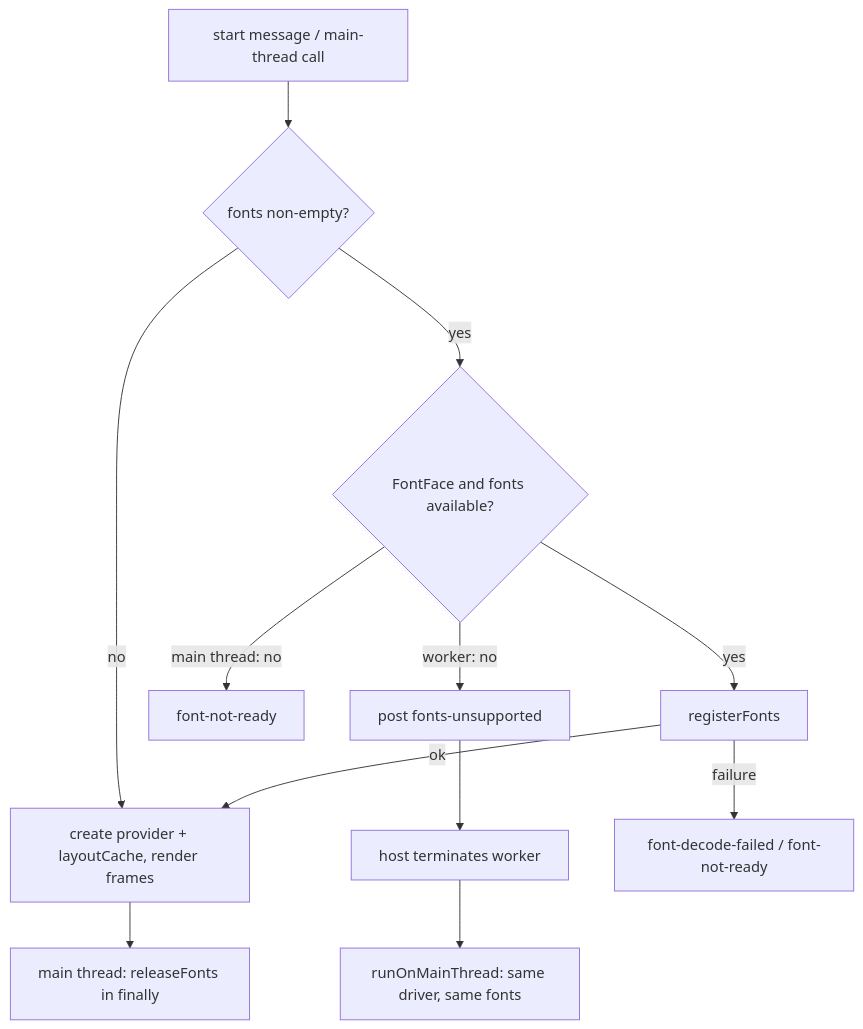
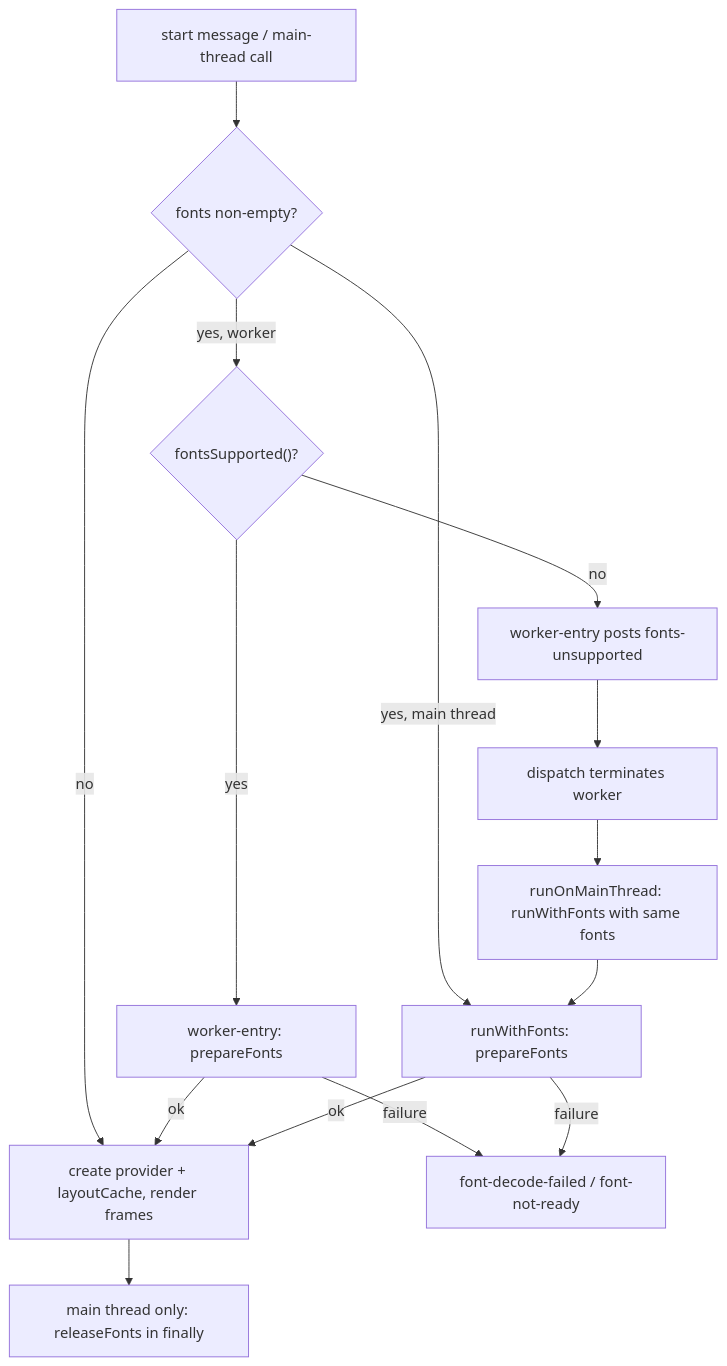
Before and after one commit to alwayskumar-global/neontype: the second of 2 diagrams in .kiro/specs/exporters/design.md, drawn with Mermaid. The commit also changed other lines of this file and 23 other files, not shown here.

Commit message:
feat(exporters): font sources for worker and main-thread paths (spec exporters 9.1-9.6)

````diff
--- a/.kiro/specs/exporters/design.md
+++ b/.kiro/specs/exporters/design.md
@@ -263,14 +290,17 @@
 ```mermaid
 flowchart TD
   start["start message / main-thread call"] --> has{"fonts non-empty?"}
   has -- "no" --> run["create provider + layoutCache, render frames"]
-  has -- "yes" --> sup{"FontFace and fonts available?"}
-  sup -- "worker: no" --> post["post fonts-unsupported"]
-  post --> term["host terminates worker"]
-  term --> main["runOnMainThread: same driver, same fonts"]
-  sup -- "main thread: no" --> nr["font-not-ready"]
-  sup -- "yes" --> reg["registerFonts"]
-  reg -- "ok" --> run
-  reg -- "failure" --> err["font-decode-failed / font-not-ready"]
-  run --> rel["main thread: releaseFonts in finally"]
+  has -- "yes, worker" --> sup{"fontsSupported()?"}
+  sup -- "no" --> post["worker-entry posts fonts-unsupported"]
+  post --> term["dispatch terminates worker"]
+  term --> main["runOnMainThread: runWithFonts with same fonts"]
+  sup -- "yes" --> prep["worker-entry: prepareFonts"]
+  has -- "yes, main thread" --> mprep["runWithFonts: prepareFonts"]
+  main --> mprep
+  prep -- "ok" --> run
+  mprep -- "ok" --> run
+  prep -- "failure" --> err["font-decode-failed / font-not-ready"]
+  mprep -- "failure" --> err
+  run --> rel["main thread only: releaseFonts in finally"]
 ```
````
